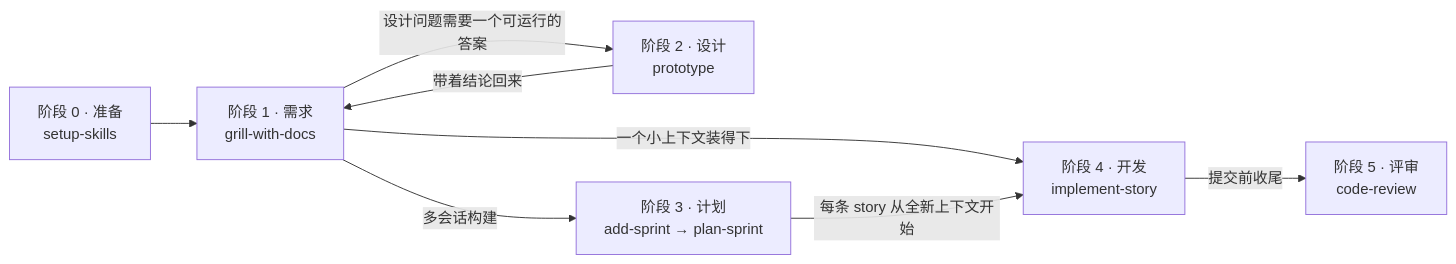
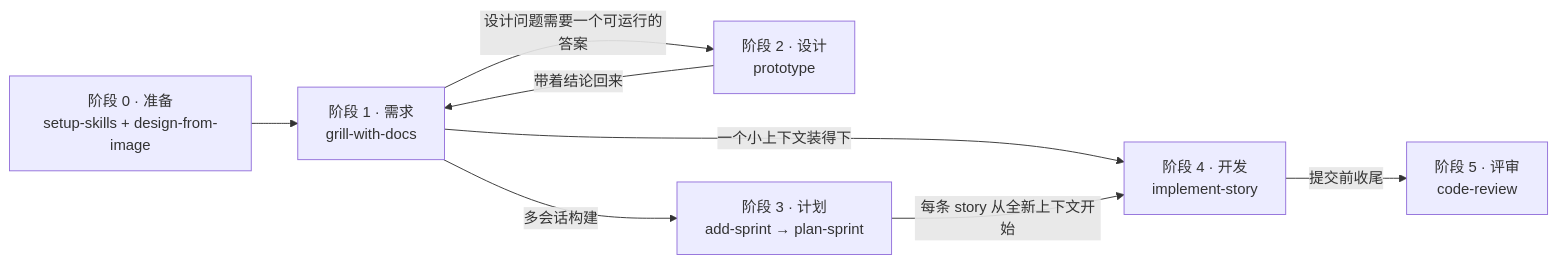
Before and after one commit to m430/skills: the first of 9 diagrams in README.md, drawn with Mermaid. The commit also changed other lines of this file and 11 other files, not shown here.

First line of the commit message:
skills: 新增 design-from-image，从一张参考图提取设计系统

````diff
--- a/README.md
+++ b/README.md
@@ -64,10 +64,10 @@
 ```mermaid
 flowchart LR
-    P0["阶段 0 · 准备<br/>setup-skills"] --> P1["阶段 1 · 需求<br/>grill-with-docs"]
+    P0["阶段 0 · 准备<br/>setup-skills + design-from-image"] --> P1["阶段 1 · 需求<br/>grill-with-docs"]
     P1 -->|设计问题需要一个可运行的答案| P2["阶段 2 · 设计<br/>prototype"]
     P2 -->|带着结论回来| P1
     P1 -->|多会话构建| P3["阶段 3 · 计划<br/>add-sprint → plan-sprint"]
     P1 -->|一个小上下文装得下| P4["阶段 4 · 开发<br/>implement-story"]
     P3 -->|每条 story 从全新上下文开始| P4
     P4 -->|提交前收尾| P5["阶段 5 · 评审<br/>code-review"]
 ```
````
